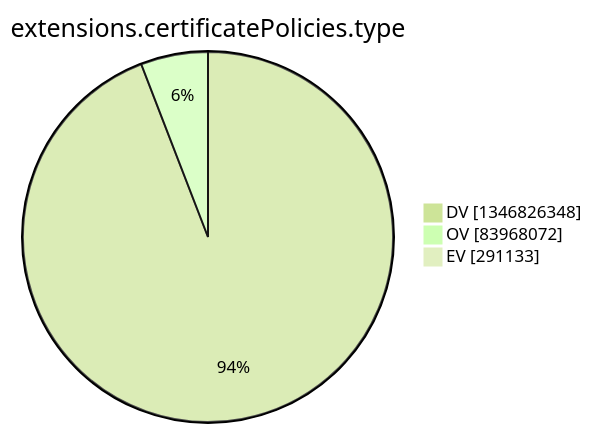
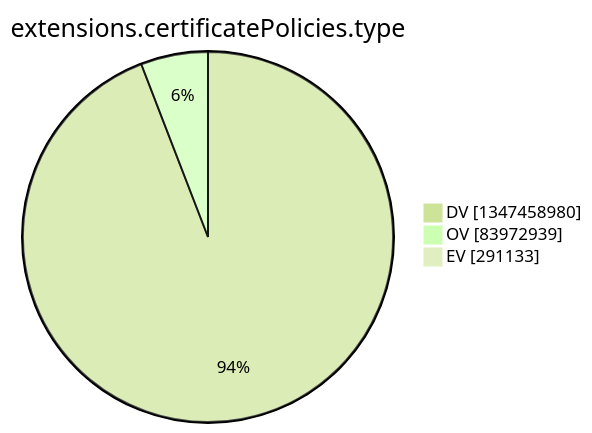
The tenth of 15 diagrams in argon2022/README.md (christiankrug/ctmonitor_visualization), drawn with Mermaid (forest theme) before and after one commit. The commit also changed other lines of this file, not shown here.

````diff
--- a/argon2022/README.md
+++ b/argon2022/README.md
@@ -2773,7 +2773,7 @@
 ```mermaid
 pie showData
 title extensions.certificatePolicies.type
-"DV" :1346826348
-"OV" :83968072
+"DV" :1347458980
+"OV" :83972939
 "EV" :291133
 ```
````
